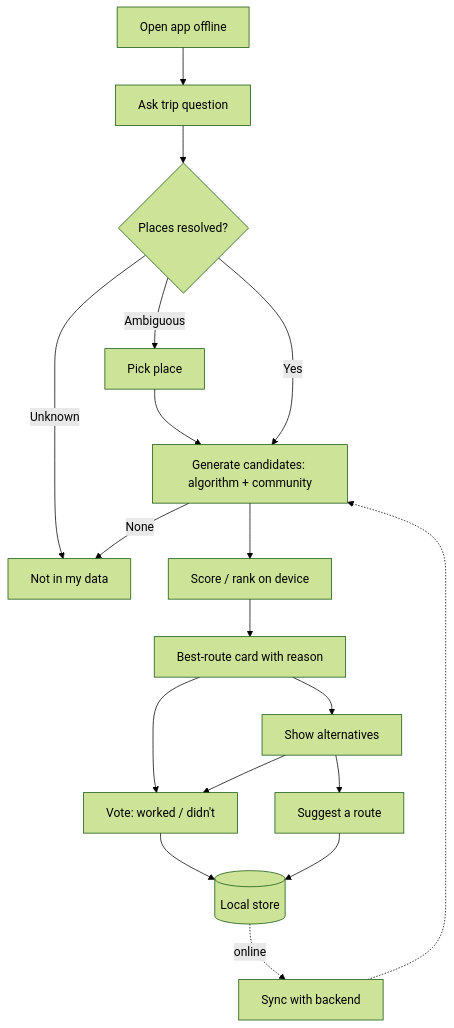
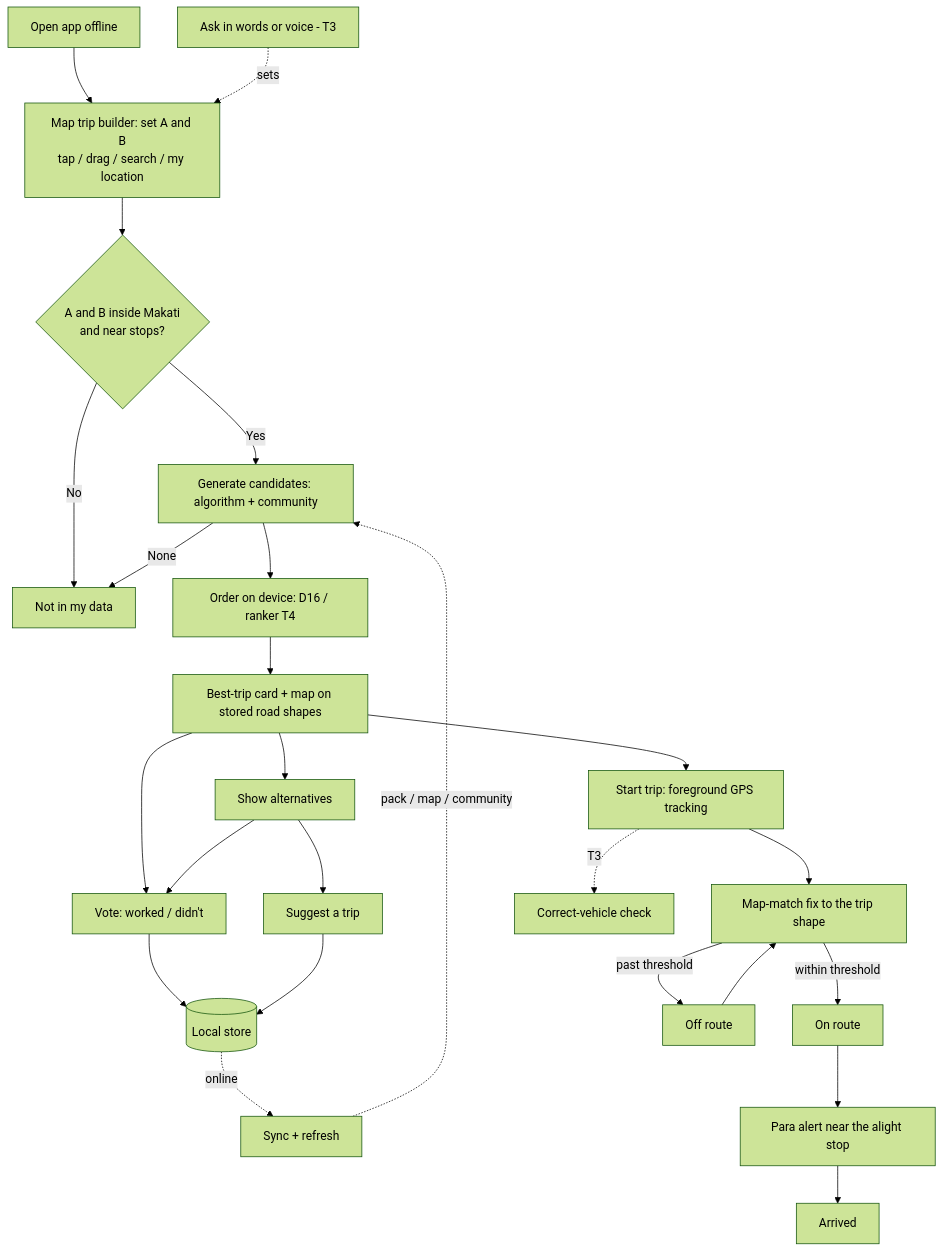
One commit to geadlydrim/appbuildersph-hackathon changed the diagram in docs/fmd/prd-commutenity.md. Above: the diagram before and after it, drawn with Mermaid (forest theme). The commit also changed other lines of this file and 20 other files, not shown here.

First line of the commit message:
docs: re-scope to makati map-first mvp with offline tracking

````diff
--- a/docs/fmd/prd-commutenity.md
+++ b/docs/fmd/prd-commutenity.md
@@ -67,19 +74,27 @@
 ```mermaid
 flowchart TD
-    A[Open app offline] --> B[Ask trip question]
-    B --> C{Places resolved?}
-    C -->|Ambiguous| D[Pick place] --> E
-    C -->|Unknown| N[Not in my data]
+    A[Open app offline] --> B[Map trip builder: set A and B<br/>tap / drag / search / my location]
+    W[Ask in words or voice - T3] -.sets.-> B
+    B --> C{A and B inside Makati<br/>and near stops?}
+    C -->|No| N[Not in my data]
     C -->|Yes| E[Generate candidates: algorithm + community]
     E -->|None| N
-    E --> F[Score / rank on device]
-    F --> G[Best-route card with reason]
+    E --> F[Order on device: D16 / ranker T4]
+    F --> G[Best-trip card + map on stored road shapes]
     G --> H[Show alternatives]
     G --> V[Vote: worked / didn't]
     H --> V
-    H --> S[Suggest a route]
+    H --> S[Suggest a trip]
     V --> Q[(Local store)]
     S --> Q
-    Q -.online.-> Y[Sync with backend]
-    Y -.-> E
+    Q -.online.-> Y[Sync + refresh]
+    Y -.pack / map / community.-> E
+    G --> T[Start trip: foreground GPS tracking]
+    T --> M[Map-match fix to the trip shape]
+    M -->|within threshold| R[On route]
+    M -->|past threshold| O[Off route]
+    O --> M
+    R --> P[Para alert near the alight stop]
+    P --> Z[Arrived]
+    T -.T3.-> K[Correct-vehicle check]
 ```
````
